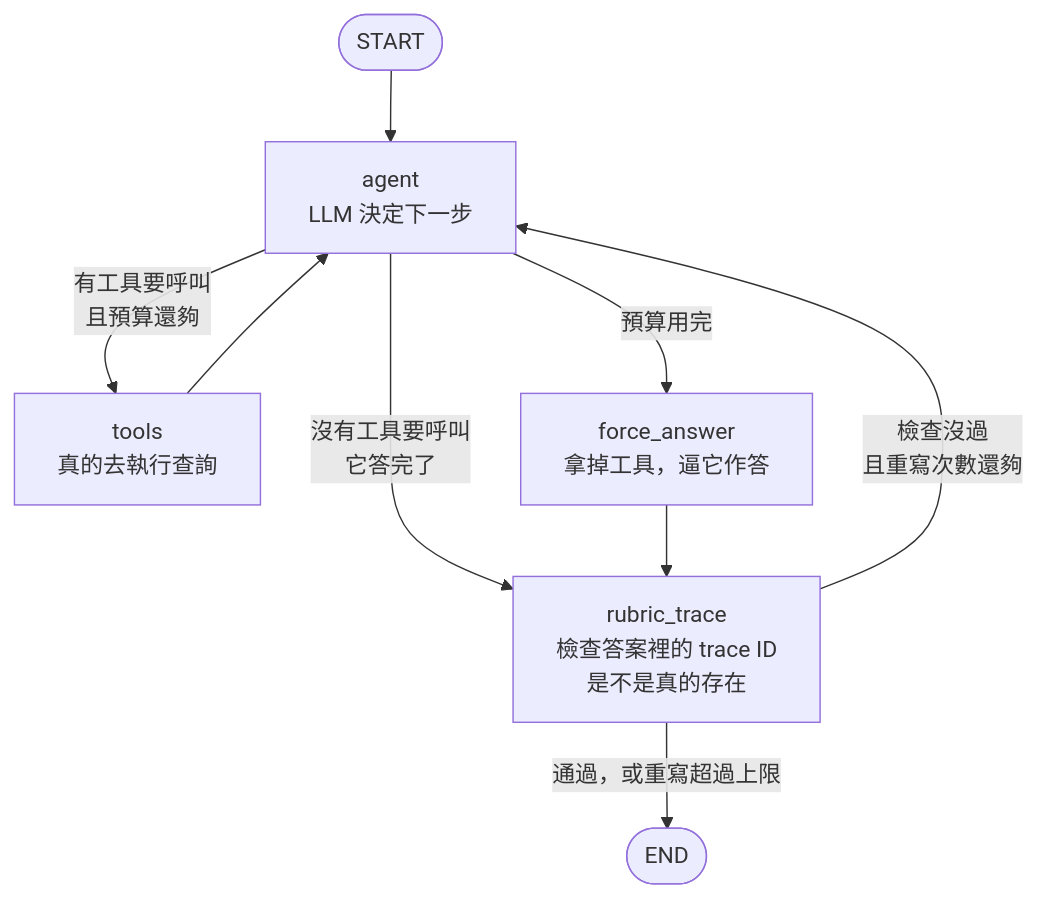
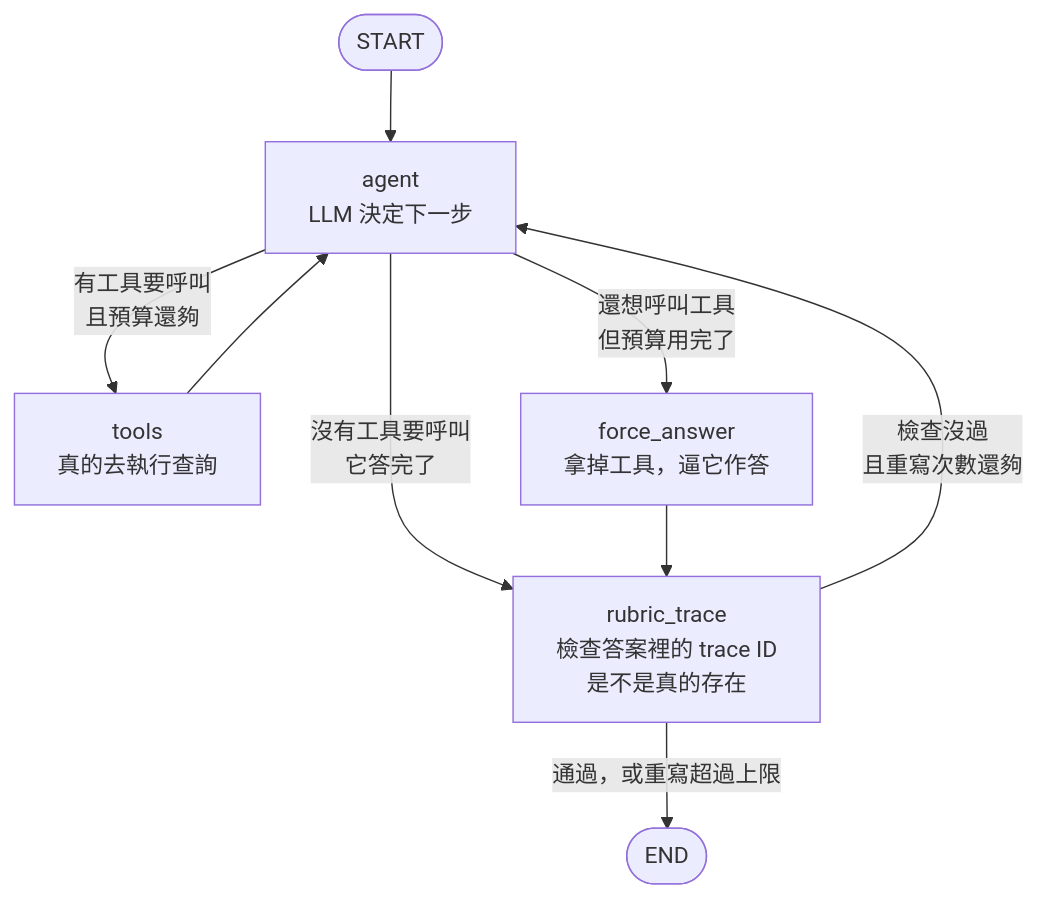
One commit to tedmax100/o11y-bench changed the second of 2 diagrams in weaver-demo/ironman-2026/day20.md. Above: the diagram before and after it, drawn with Mermaid. The commit also changed other lines of this file, not shown here.

First line of the commit message:
docs(day20): fix the routing claims, and check them against the compiled graph

````diff
--- a/weaver-demo/ironman-2026/day20.md
+++ b/weaver-demo/ironman-2026/day20.md
@@ -129,11 +131,11 @@
 ```mermaid
 flowchart TB
     START(["START"]) --> AG["agent<br/>LLM 決定下一步"]
     AG -->|"有工具要呼叫<br/>且預算還夠"| TL["tools<br/>真的去執行查詢"]
     TL --> AG
-    AG -->|"預算用完"| FA["force_answer<br/>拿掉工具，逼它作答"]
+    AG -->|"還想呼叫工具<br/>但預算用完了"| FA["force_answer<br/>拿掉工具，逼它作答"]
     AG -->|"沒有工具要呼叫<br/>它答完了"| RB["rubric_trace<br/>檢查答案裡的 trace ID<br/>是不是真的存在"]
     FA --> RB
     RB -->|"檢查沒過<br/>且重寫次數還夠"| AG
     RB -->|"通過，或重寫超過上限"| E(["END"])
 ```
````
